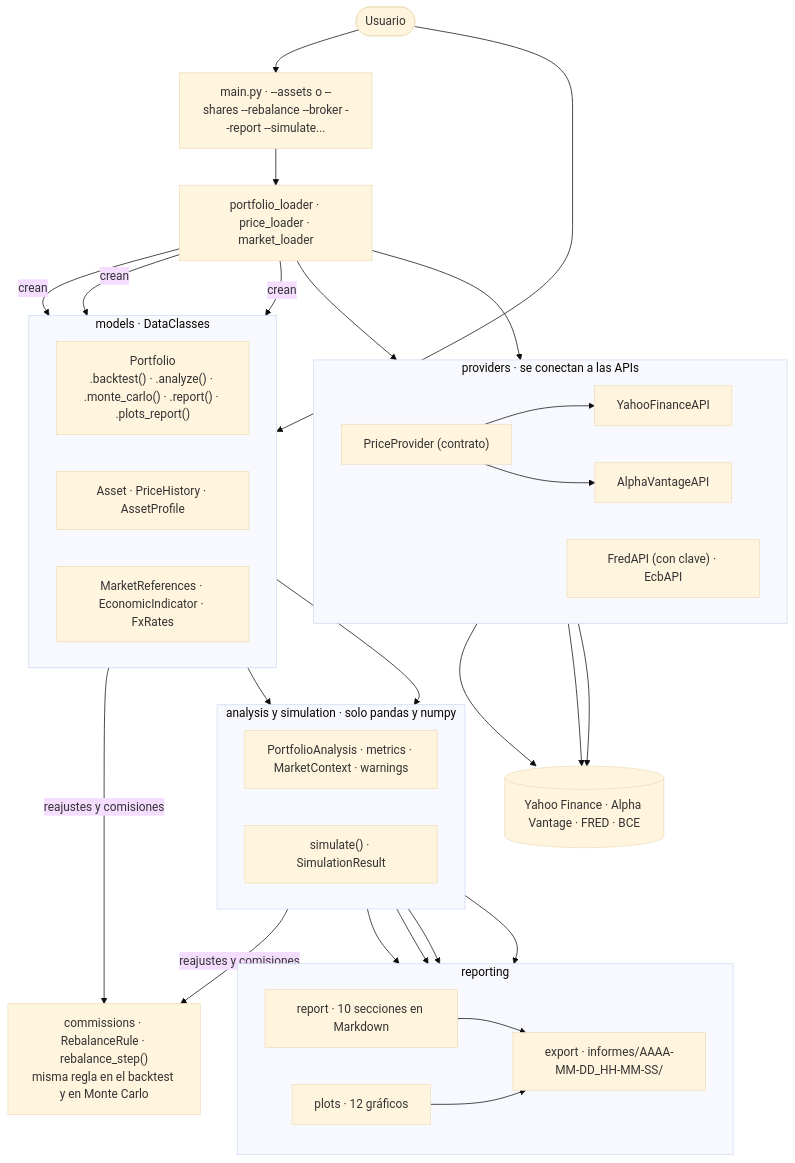
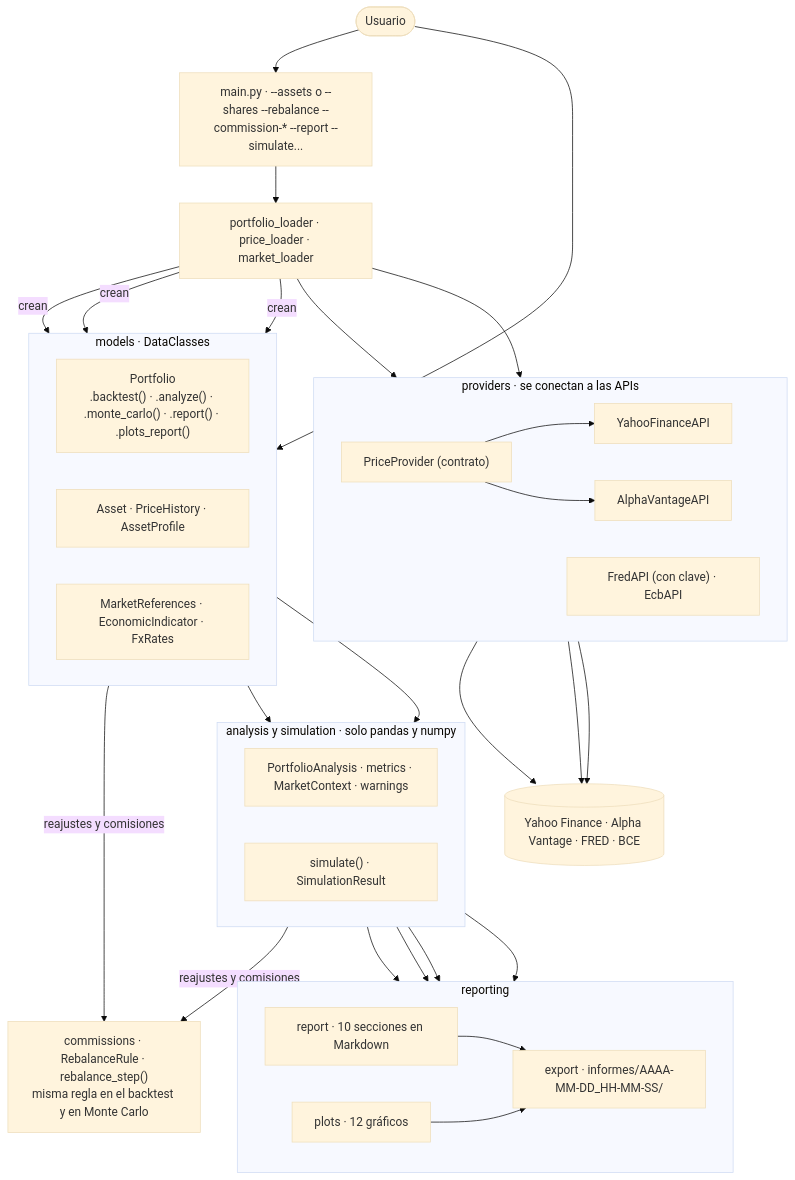
The first of 3 diagrams in docs/arquitectura.md (Diegopasfer1909/tallerb1-t1-equipo7), drawn with Mermaid (base theme) before and after one commit. The commit also changed other lines of this file and 9 other files, not shown here.

````diff
--- a/docs/arquitectura.md
+++ b/docs/arquitectura.md
@@ -9,51 +9,51 @@
 ```mermaid
 flowchart TB
     usuario(["Usuario"])
-    main["main.py · --assets o --shares --rebalance --broker --report --simulate..."]
+    main["main.py · --assets o --shares --rebalance --commission-* --report --simulate..."]
     loaders["portfolio_loader · price_loader · market_loader"]
 
     subgraph providers["providers · se conectan a las APIs"]
         direction LR
         contrato["PriceProvider (contrato)"]
         yahoo[YahooFinanceAPI]
         av[AlphaVantageAPI]
         fred["FredAPI (con clave) · EcbAPI"]
     end
 
     subgraph models["models · DataClasses"]
         direction LR
         portfolio["Portfolio<br/>.backtest() · .analyze() · .monte_carlo() · .report() · .plots_report()"]
         asset["Asset · PriceHistory · AssetProfile"]
         refs["MarketReferences · EconomicIndicator · FxRates"]
     end
 
     commissions["commissions · RebalanceRule · rebalance_step()<br/>misma regla en el backtest y en Monte Carlo"]
 
     subgraph calc["analysis y simulation · solo pandas y numpy"]
         direction LR
         an["PortfolioAnalysis · metrics · MarketContext · warnings"]
         sim["simulate() · SimulationResult"]
     end
 
     subgraph reporting["reporting"]
         direction LR
         rep["report · 10 secciones en Markdown"]
         plots["plots · 12 gráficos"]
         exp["export · informes/AAAA-MM-DD_HH-MM-SS/"]
     end
 
     apis[("Yahoo Finance · Alpha Vantage · FRED · BCE")]
 
     usuario --> main --> loaders
     usuario --> portfolio
     loaders --> contrato
     loaders --> fred
     contrato --> yahoo & av
     yahoo & av & fred --> apis
     loaders -- "crean" --> asset & refs & portfolio
     portfolio --> an & sim
     portfolio & sim -- "reajustes y comisiones" --> commissions
     an --> rep & plots
     sim --> rep & plots
     rep & plots --> exp
 ```
````
